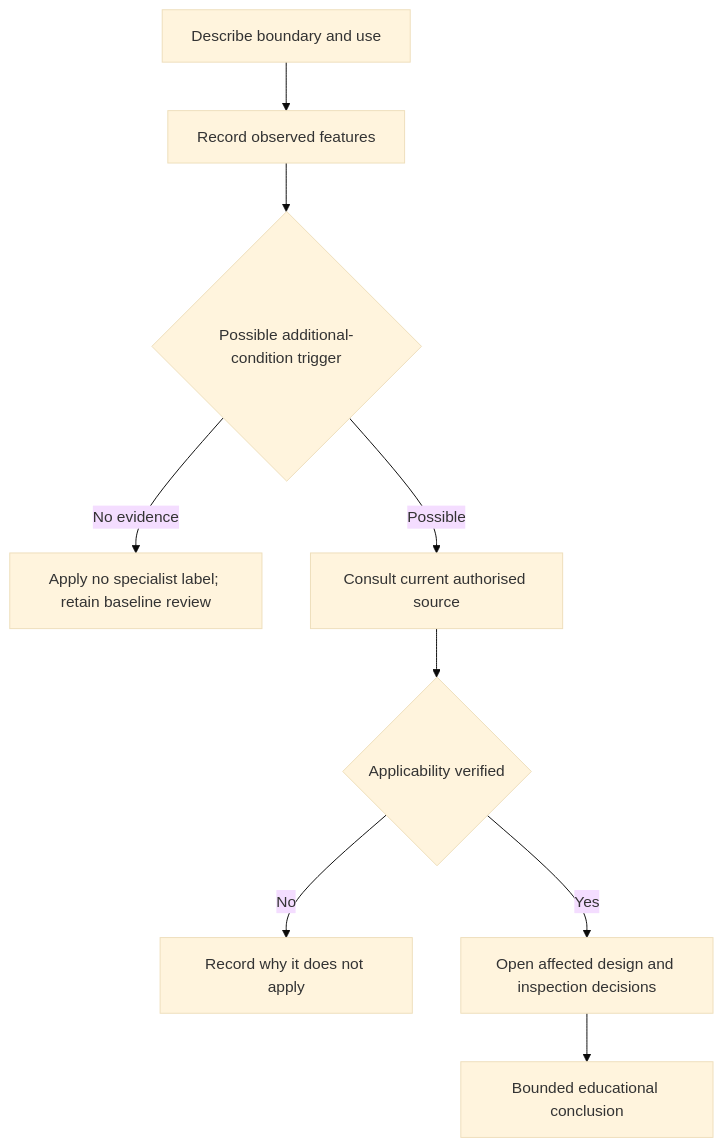
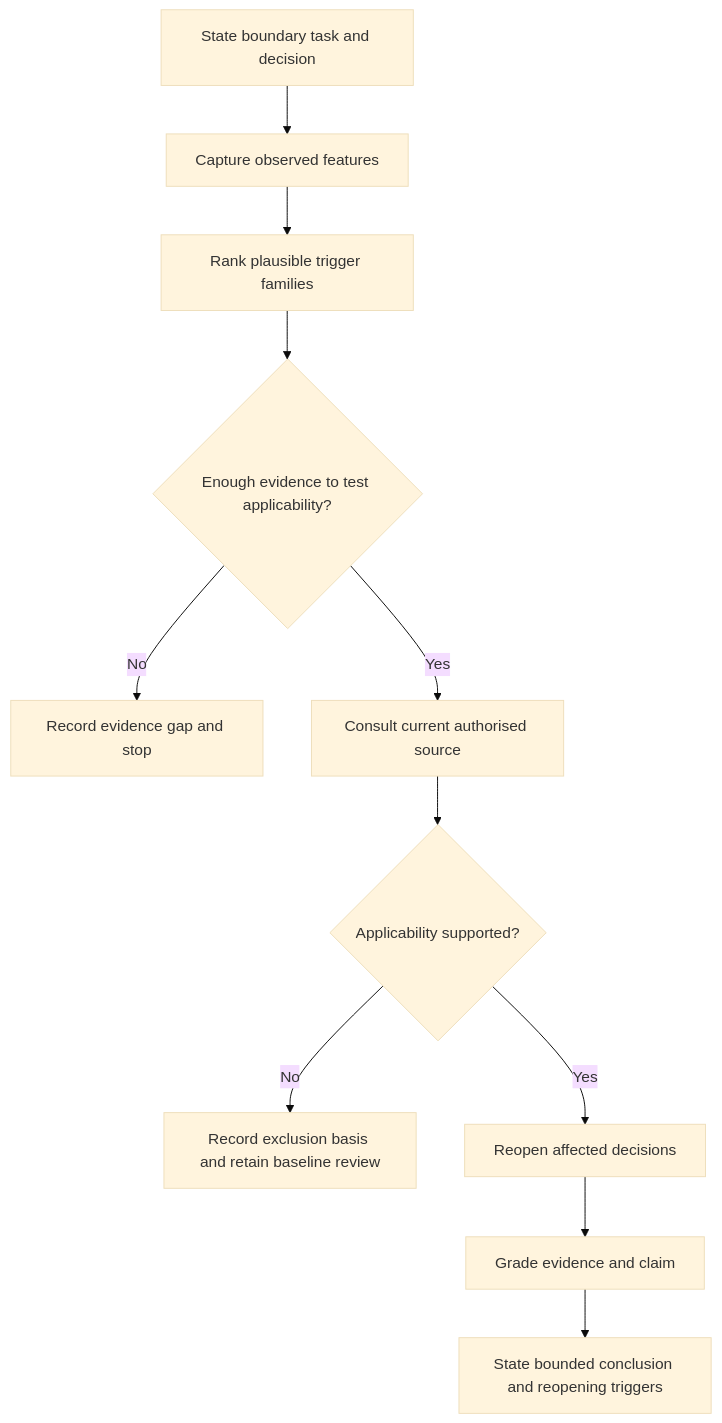
Before and after one commit to andrew3stedall/capstone: the first of 2 diagrams in docs/learning-plans/6-week/modules/day-30-other-special-locations-and-additional-condition-screening.md, drawn with Mermaid (base theme). The commit also changed other lines of this file and 4 other files, not shown here.

````diff
--- a/docs/learning-plans/6-week/modules/day-30-other-special-locations-and-additional-condition-screening.md
+++ b/docs/learning-plans/6-week/modules/day-30-other-special-locations-and-additional-condition-screening.md
@@ -52,11 +89,13 @@
 ```mermaid
 flowchart TD
-    A[Describe boundary and use] --> B[Record observed features]
-    B --> C{Possible additional-condition trigger}
-    C -->|No evidence| D[Apply no specialist label; retain baseline review]
-    C -->|Possible| E[Consult current authorised source]
-    E --> F{Applicability verified}
-    F -->|No| G[Record why it does not apply]
-    F -->|Yes| H[Open affected design and inspection decisions]
-    H --> I[Bounded educational conclusion]
+    A[State boundary task and decision] --> B[Capture observed features]
+    B --> C[Rank plausible trigger families]
+    C --> D{Enough evidence to test applicability?}
+    D -->|No| E[Record evidence gap and stop]
+    D -->|Yes| F[Consult current authorised source]
+    F --> G{Applicability supported?}
+    G -->|No| H[Record exclusion basis and retain baseline review]
+    G -->|Yes| I[Reopen affected decisions]
+    I --> J[Grade evidence and claim]
+    J --> K[State bounded conclusion and reopening triggers]
 ```
````
